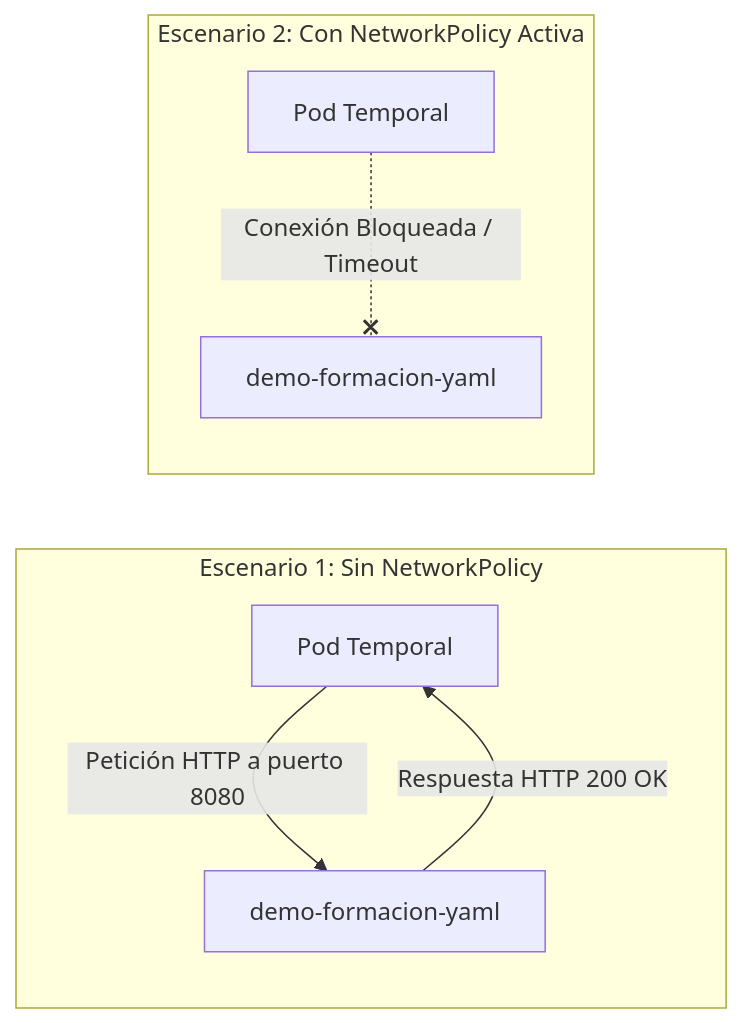
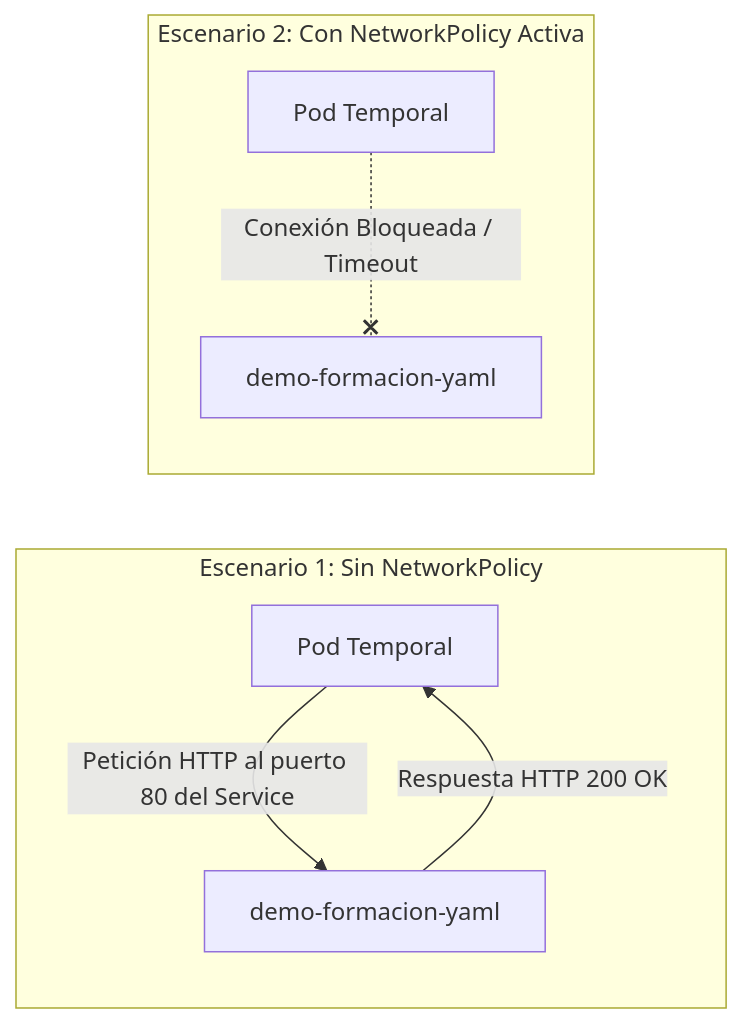
One commit to ieftraining/curso-openshift changed the fifth of 5 diagrams in docs/sesion4/4.3 Aislamiento de Red.md. Above: the diagram before and after it, drawn with Mermaid. The commit also changed other lines of this file, not shown here.

````diff
--- a/docs/sesion4/4.3 Aislamiento de Red.md
+++ b/docs/sesion4/4.3 Aislamiento de Red.md
@@ -219,11 +219,11 @@
 ```mermaid
 flowchart LR
     subgraph "Escenario 1: Sin NetworkPolicy"
-        C1[Pod Temporal] -->|Petición HTTP a puerto 8080| A1[demo-formacion-yaml]
+        C1[Pod Temporal] -->|Petición HTTP al puerto 80 del Service| A1[demo-formacion-yaml]
         A1 -->|Respuesta HTTP 200 OK| C1
     end
 
     subgraph "Escenario 2: Con NetworkPolicy Activa"
         C2[Pod Temporal] -.-x|Conexión Bloqueada / Timeout| A2[demo-formacion-yaml]
     end
 ```
````
